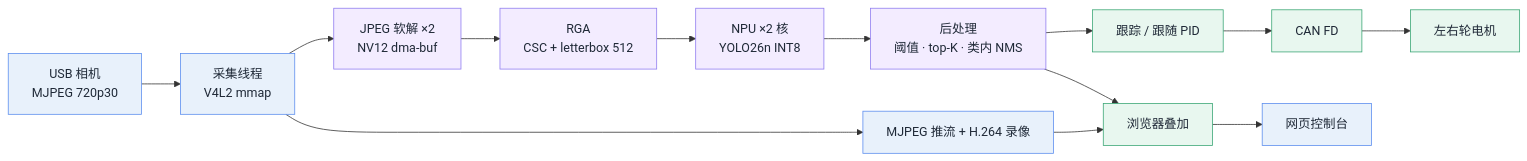
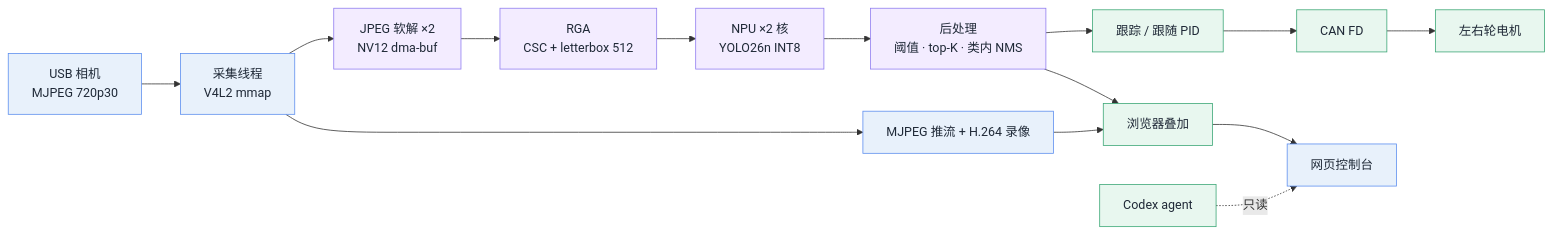
The second of 5 diagrams in README.md (qianruo-orange/autonomous-driving-car), drawn with Mermaid before and after one commit. The commit also changed other lines of this file and 9 other files, not shown here.

Commit message:
docs: rewrite README around measured data and the on-board Codex agent

````diff
--- a/README.md
+++ b/README.md
@@ -85,21 +208,22 @@
 ```mermaid
 flowchart LR
     CAM["USB 相机<br/>MJPEG 720p30"] --> CAP["采集线程<br/>V4L2 mmap"]
     CAP --> DEC["JPEG 软解 ×2<br/>NV12 dma-buf"]
     DEC --> RGA["RGA<br/>CSC + letterbox 512"]
     RGA --> NPU["NPU ×2 核<br/>YOLO26n INT8"]
     NPU --> POST["后处理<br/>阈值 · top-K · 类内 NMS"]
     POST --> TRK["跟踪 / 跟随 PID"]
     TRK --> CAN["CAN FD"] --> MOTOR["左右轮电机"]
     CAP --> STREAM["MJPEG 推流 + H.264 录像"]
     POST --> OVL["浏览器叠加"]
     STREAM --> OVL
     OVL --> WEB["网页控制台"]
+    AG["Codex agent"] -.->|"只读"| WEB
 
     classDef io fill:#e8f1fb,stroke:#5b8def,color:#1f2937
     classDef hw fill:#f3ecff,stroke:#8f7cf0,color:#1f2937
     classDef ctl fill:#e8f7ef,stroke:#3aa675,color:#1f2937
     class CAM,CAP,STREAM,WEB io
     class DEC,RGA,NPU,POST hw
-    class TRK,CAN,MOTOR,OVL ctl
+    class TRK,CAN,MOTOR,OVL,AG ctl
 ```
````
